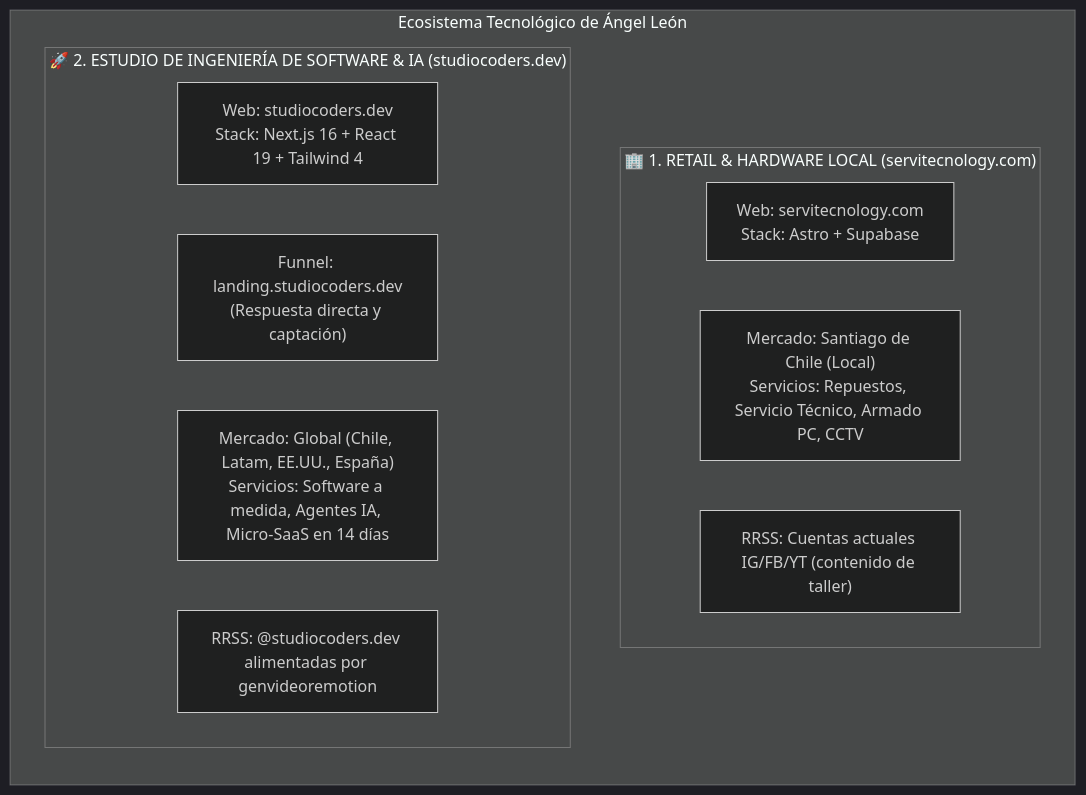
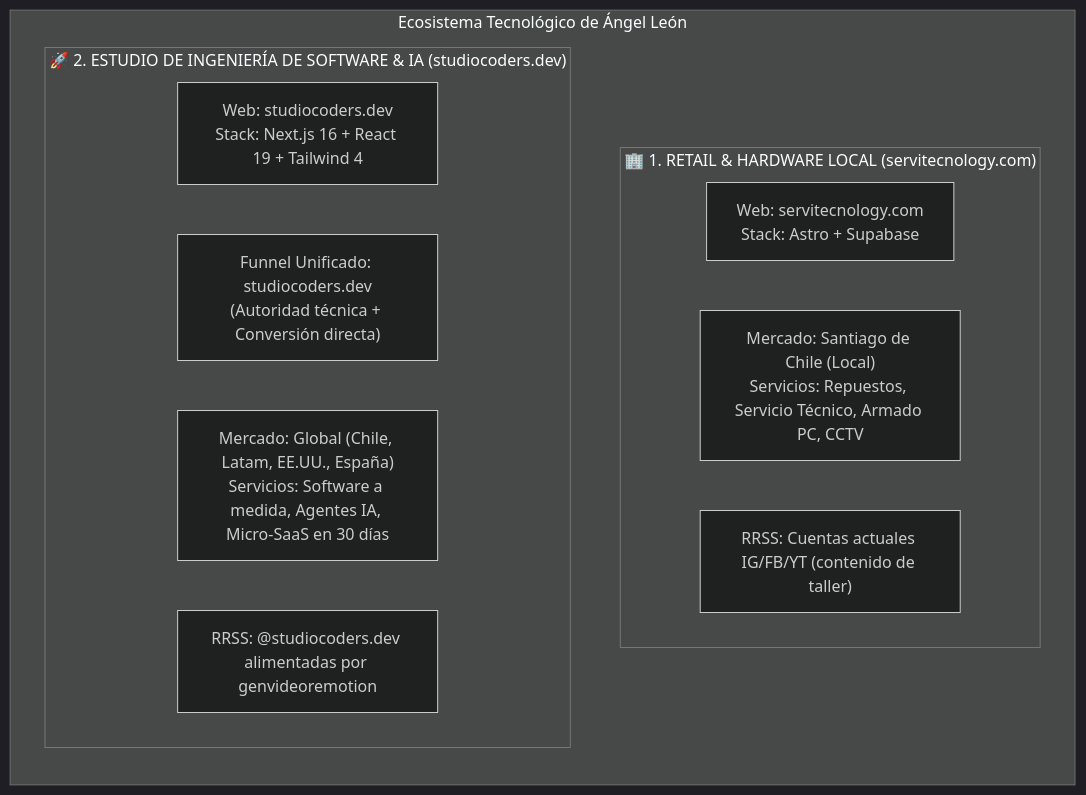
The diagram in ROADMAP.md (studiocoders-dev/studiocoders), drawn with Mermaid (dark theme) before and after one commit. The commit also changed other lines of this file and 23 other files, not shown here.

````diff
--- a/ROADMAP.md
+++ b/ROADMAP.md
@@ -21,19 +21,19 @@
 ```mermaid
 flowchart TD
     subgraph Ecosistema_General["Ecosistema Tecnológico de Ángel León"]
         direction TB
         
         subgraph Entidad_A["🏢 1. RETAIL & HARDWARE LOCAL (servitecnology.com)"]
             ST_Web["Web: servitecnology.com<br/>Stack: Astro + Supabase"]
             ST_Nicho["Mercado: Santiago de Chile (Local)<br/>Servicios: Repuestos, Servicio Técnico, Armado PC, CCTV"]
             ST_RRSS["RRSS: Cuentas actuales IG/FB/YT (contenido de taller)"]
         end
 
         subgraph Entidad_B["🚀 2. ESTUDIO DE INGENIERÍA DE SOFTWARE & IA (studiocoders.dev)"]
             SC_Web["Web: studiocoders.dev<br/>Stack: Next.js 16 + React 19 + Tailwind 4"]
-            SC_Funnel["Funnel: landing.studiocoders.dev<br/>(Respuesta directa y captación)"]
-            SC_Nicho["Mercado: Global (Chile, Latam, EE.UU., España)<br/>Servicios: Software a medida, Agentes IA, Micro-SaaS en 14 días"]
+            SC_Funnel["Funnel Unificado: studiocoders.dev<br/>(Autoridad técnica + Conversión directa)"]
+            SC_Nicho["Mercado: Global (Chile, Latam, EE.UU., España)<br/>Servicios: Software a medida, Agentes IA, Micro-SaaS en 30 días"]
             SC_RRSS["RRSS: @studiocoders.dev alimentadas por genvideoremotion"]
         end
     end
 ```
````
